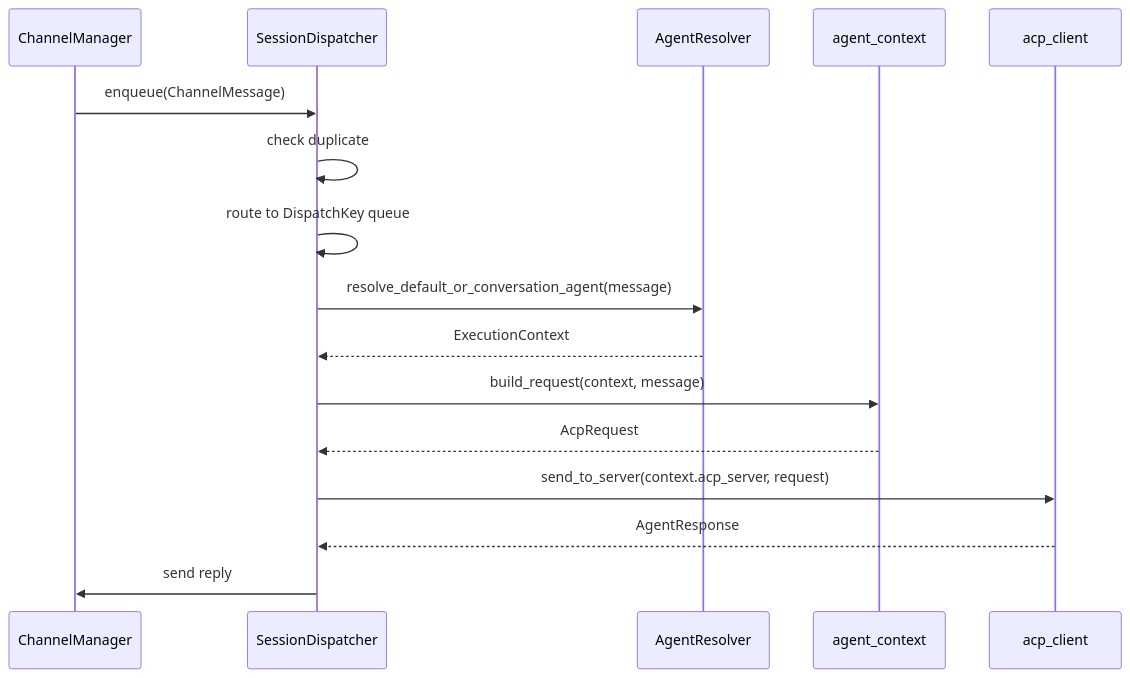
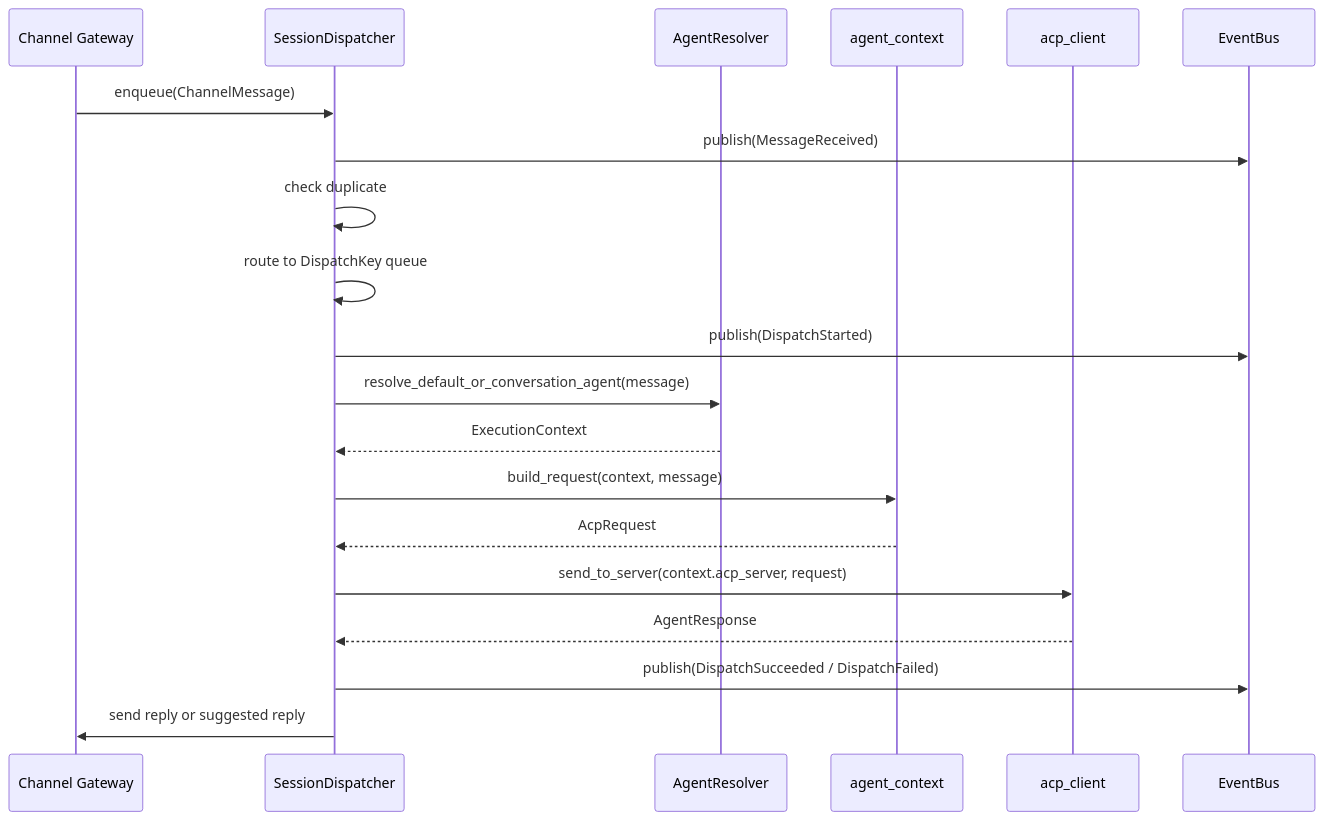
One commit to zhuxining/MindClaw changed the first of 2 diagrams in docs/architecture/20-message-bus.md. Above: the diagram before and after it, drawn with Mermaid. The commit also changed other lines of this file and 63 other files, not shown here.

````diff
--- a/docs/architecture/20-message-bus.md
+++ b/docs/architecture/20-message-bus.md
@@ -60,19 +61,23 @@
 ```mermaid
 sequenceDiagram
-    participant CM as ChannelManager
+    participant CG as Channel Gateway
     participant SD as SessionDispatcher
     participant AR as AgentResolver
     participant ACX as agent_context
     participant ACP as acp_client
+    participant EB as EventBus
 
-    CM->>SD: enqueue(ChannelMessage)
+    CG->>SD: enqueue(ChannelMessage)
+    SD->>EB: publish(MessageReceived)
     SD->>SD: check duplicate
     SD->>SD: route to DispatchKey queue
+    SD->>EB: publish(DispatchStarted)
     SD->>AR: resolve_default_or_conversation_agent(message)
     AR-->>SD: ExecutionContext
     SD->>ACX: build_request(context, message)
     ACX-->>SD: AcpRequest
     SD->>ACP: send_to_server(context.acp_server, request)
     ACP-->>SD: AgentResponse
-    SD->>CM: send reply
+    SD->>EB: publish(DispatchSucceeded / DispatchFailed)
+    SD->>CG: send reply or suggested reply
 ```
````
